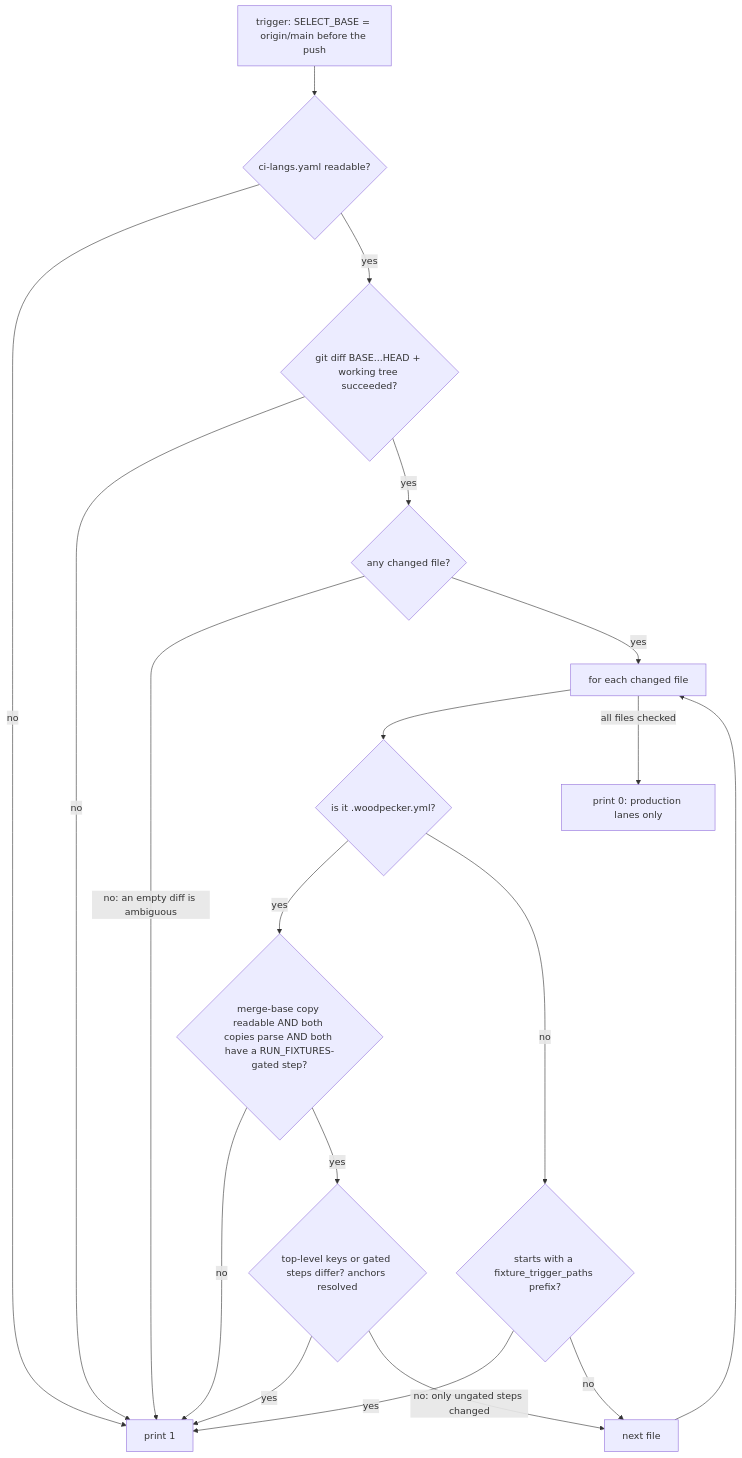
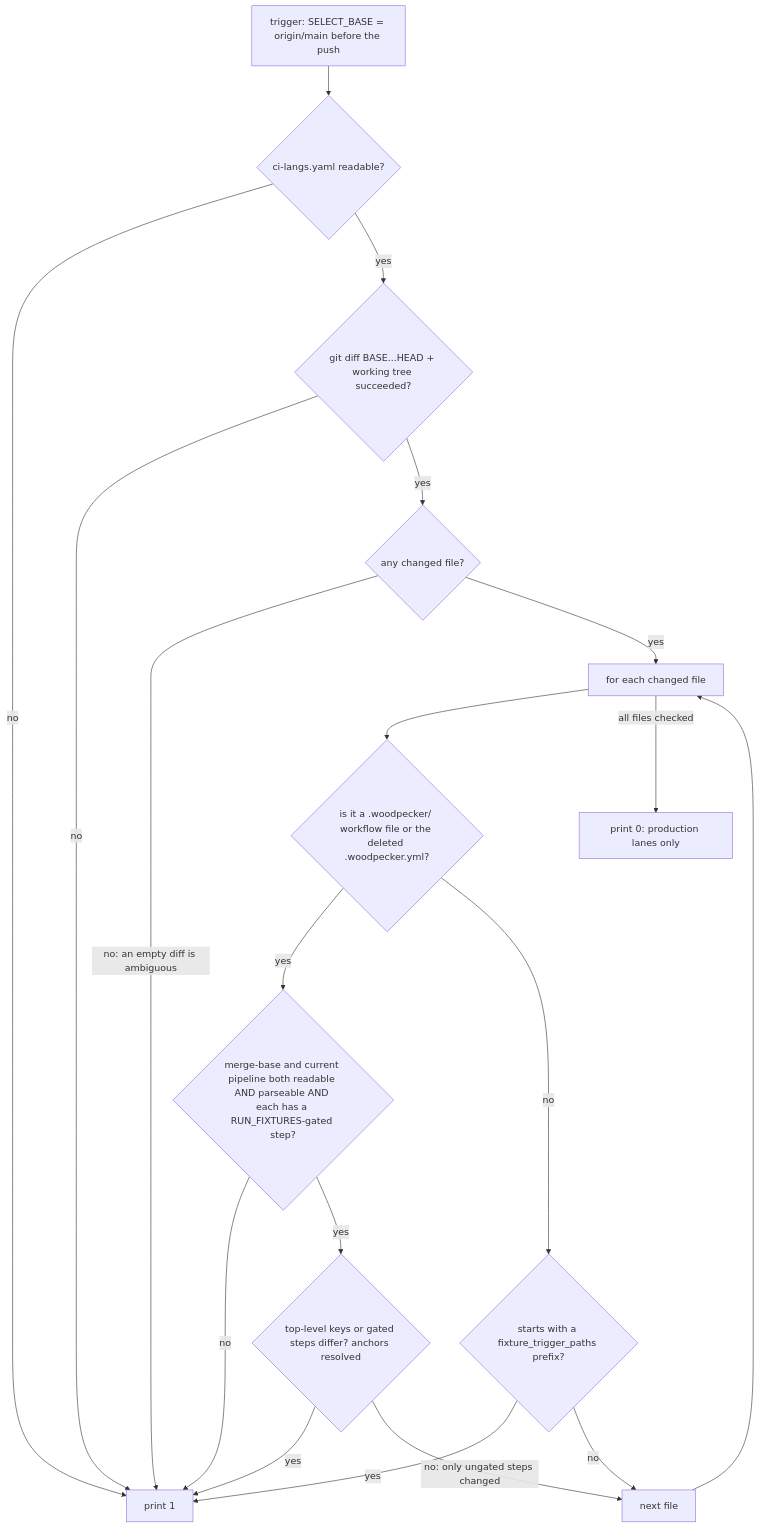
One commit to edtbl76/weyland-lab changed the first of 3 diagrams in docs/diagrams/flow-lean-ci-selector.md. Above: the diagram before and after it, drawn with Mermaid. The commit also changed other lines of this file and 59 other files, not shown here.

Commit message:
Remove root Woodpecker pipeline config

````diff
--- a/docs/diagrams/flow-lean-ci-selector.md
+++ b/docs/diagrams/flow-lean-ci-selector.md
@@ -10,21 +10,21 @@
 ```mermaid
 flowchart TD
     A[trigger: SELECT_BASE = origin/main before the push] --> B{ci-langs.yaml readable?}
     B -- no --> R1[print 1]
     B -- yes --> C{git diff BASE...HEAD + working tree succeeded?}
     C -- no --> R1
     C -- yes --> D{any changed file?}
     D -- "no: an empty diff is ambiguous" --> R1
     D -- yes --> E[for each changed file]
-    E --> F{is it .woodpecker.yml?}
-    F -- yes --> G{merge-base copy readable AND both copies parse AND both have a RUN_FIXTURES-gated step?}
+    E --> F{is it a .woodpecker/ workflow file or the deleted .woodpecker.yml?}
+    F -- yes --> G{merge-base and current pipeline both readable AND parseable AND each has a RUN_FIXTURES-gated step?}
     G -- no --> R1
     G -- yes --> H{top-level keys or gated steps differ? anchors resolved}
     H -- yes --> R1
     H -- "no: only ungated steps changed" --> N[next file]
     F -- no --> I{starts with a fixture_trigger_paths prefix?}
     I -- yes --> R1
     I -- no --> N
     N --> E
     E -- all files checked --> R0[print 0: production lanes only]
 ```
````
